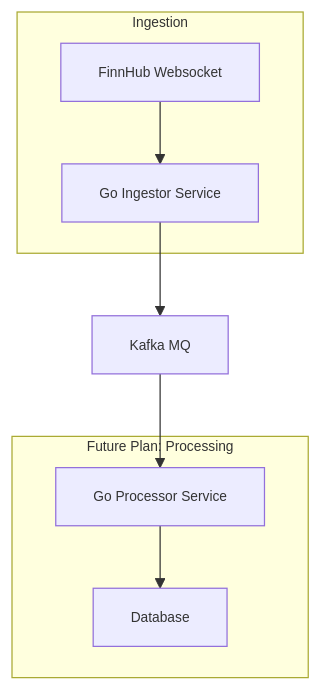
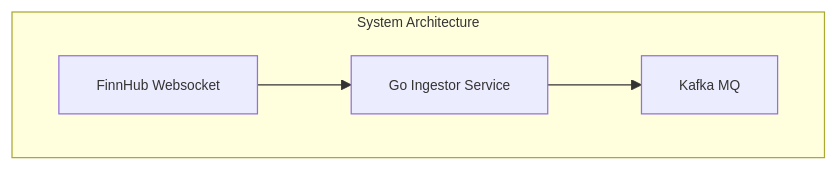
One commit to WillSyd2023/financial-data-backend-2 changed the diagram in README.md. Above: the diagram before and after it, drawn with Mermaid. The commit also changed other lines of this file, not shown here.

Commit message:
refactor: README

````diff
--- a/README.md
+++ b/README.md
@@ -7,12 +7,8 @@
 ```mermaid
 %%{init: {'themeVariables': {'fontSize': '11px'}}}%%
 flowchart TD
-    subgraph Ingestion
+    subgraph System Architecture
         WS["FinnHub Websocket"] --> Ingestor["Go Ingestor Service"]
-    end
-    Ingestor --> Kafka["Kafka MQ"]
-    Kafka --> Processor["Go Processor Service"]
-    subgraph Future Plan: Processing
-        Processor --> Database["Database"]
+        Ingestor --> Kafka["Kafka MQ"]
     end
 ```
````
